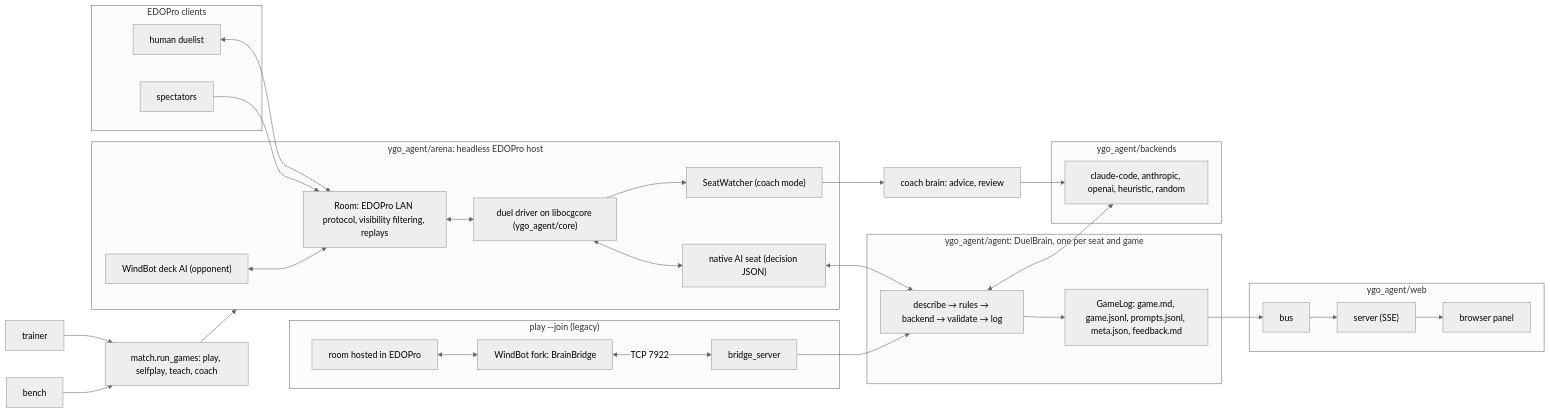
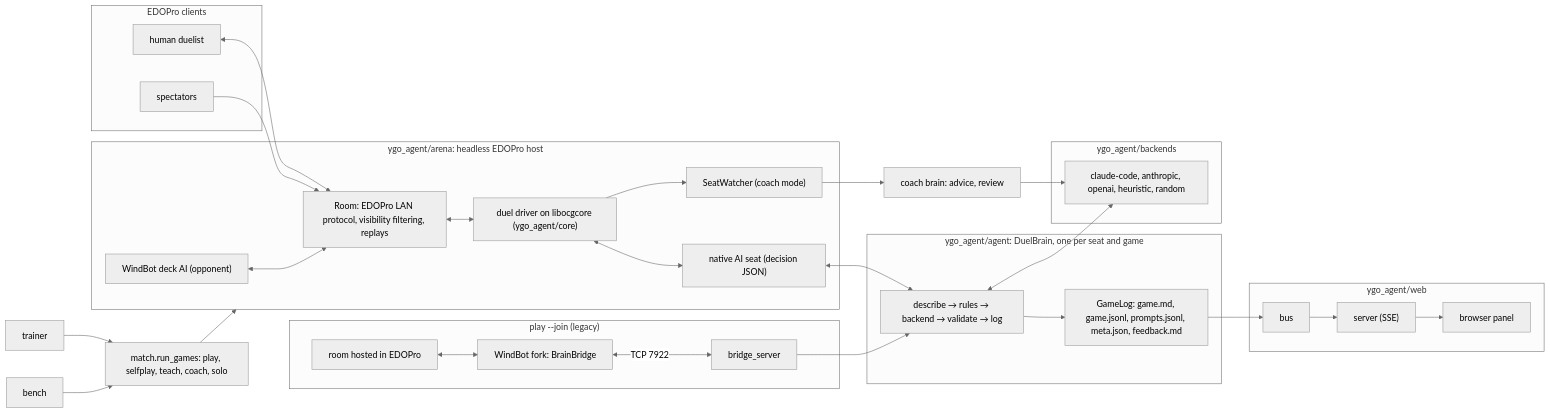
One commit to mostwanted7/ygo-agent changed the diagram in docs/architecture.md. Above: the diagram before and after it, drawn with Mermaid (neutral theme). The commit also changed other lines of this file and 17 other files, not shown here.

````diff
--- a/docs/architecture.md
+++ b/docs/architecture.md
@@ -6,43 +6,43 @@
 ```mermaid
 flowchart LR
   subgraph edopro["EDOPro clients"]
     H["human duelist"]
     S["spectators"]
   end
   subgraph arena["ygo_agent/arena: headless EDOPro host"]
     R["Room: EDOPro LAN protocol, visibility filtering, replays"]
     D["duel driver on libocgcore (ygo_agent/core)"]
     N["native AI seat (decision JSON)"]
     SW["SeatWatcher (coach mode)"]
     W["WindBot deck AI (opponent)"]
   end
   subgraph agent["ygo_agent/agent: DuelBrain, one per seat and game"]
     B["describe → rules → backend → validate → log"]
     L["GameLog: game.md, game.jsonl, prompts.jsonl, meta.json, feedback.md"]
   end
   subgraph backends["ygo_agent/backends"]
     BK["claude-code, anthropic, openai, heuristic, random"]
   end
   subgraph web["ygo_agent/web"]
     BUS["bus"] --> SRV["server (SSE)"] --> P["browser panel"]
   end
   subgraph legacy["play --join (legacy)"]
     E["room hosted in EDOPro"] <--> F["WindBot fork: BrainBridge"]
     F <-->|"TCP 7922"| BS["bridge_server"]
   end
   H <--> R
   S --> R
   W <--> R
   R <--> D
   D <--> N
   D --> SW
   N <--> B
   BS --> B
   SW --> CB["coach brain: advice, review"]
   CB --> BK
   B <--> BK
   B --> L --> BUS
-  M["match.run_games: play, selfplay, teach, coach"] --> arena
+  M["match.run_games: play, selfplay, teach, coach, solo"] --> arena
   T["trainer"] --> M
   X["bench"] --> M
 ```
````
